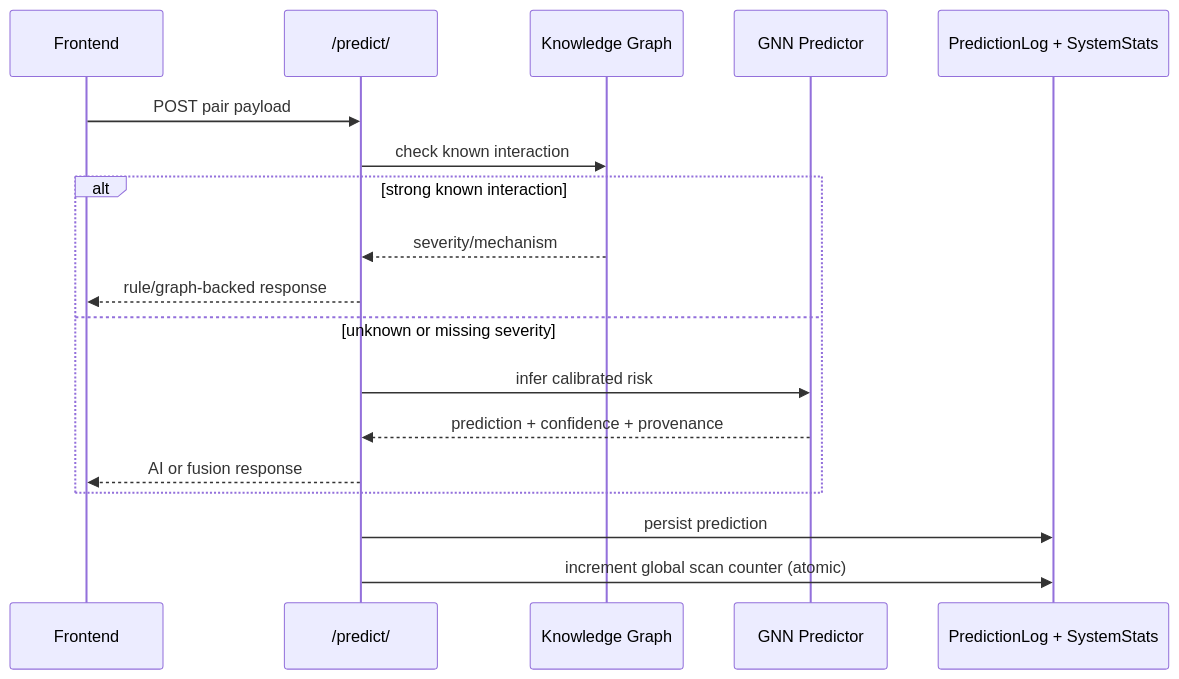
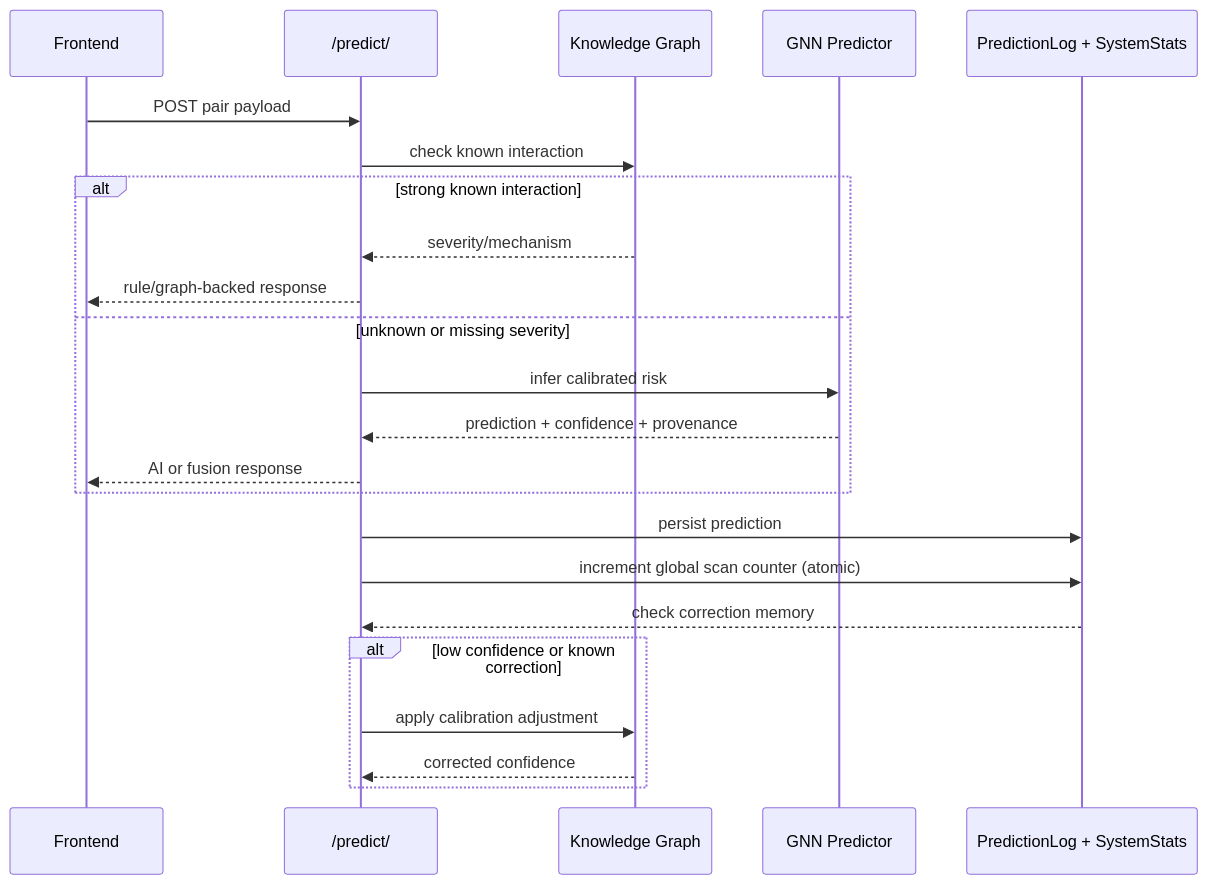
One commit to ahrazkk/ProjectAegis-Clinical-MLOps-Platform changed the second of 6 diagrams in README.md. Above: the diagram before and after it, drawn with Mermaid. The commit also changed other lines of this file and 8 other files, not shown here.

````diff
--- a/README.md
+++ b/README.md
@@ -137,21 +168,26 @@
 ```mermaid
 sequenceDiagram
   participant UI as Frontend
   participant API as /predict/
   participant KG as Knowledge Graph
   participant GNN as GNN Predictor
   participant LOG as PredictionLog + SystemStats
 
   UI->>API: POST pair payload
   API->>KG: check known interaction
   alt strong known interaction
     KG-->>API: severity/mechanism
     API-->>UI: rule/graph-backed response
   else unknown or missing severity
     API->>GNN: infer calibrated risk
     GNN-->>API: prediction + confidence + provenance
     API-->>UI: AI or fusion response
   end
   API->>LOG: persist prediction
   API->>LOG: increment global scan counter (atomic)
+  LOG-->>API: check correction memory
+  alt low confidence or known correction
+    API->>KG: apply calibration adjustment
+    KG-->>API: corrected confidence
+  end
 ```
````
